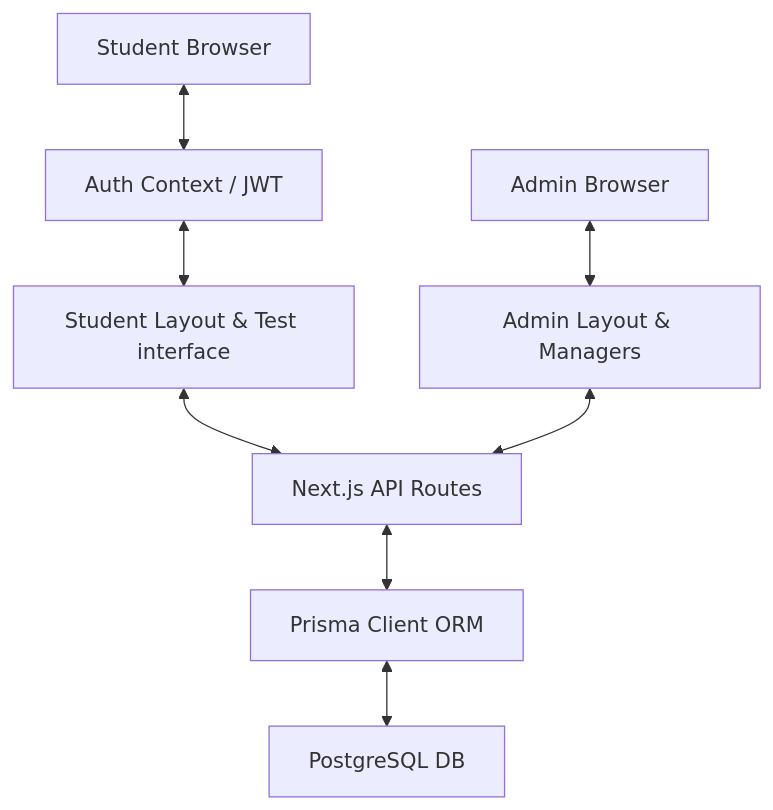
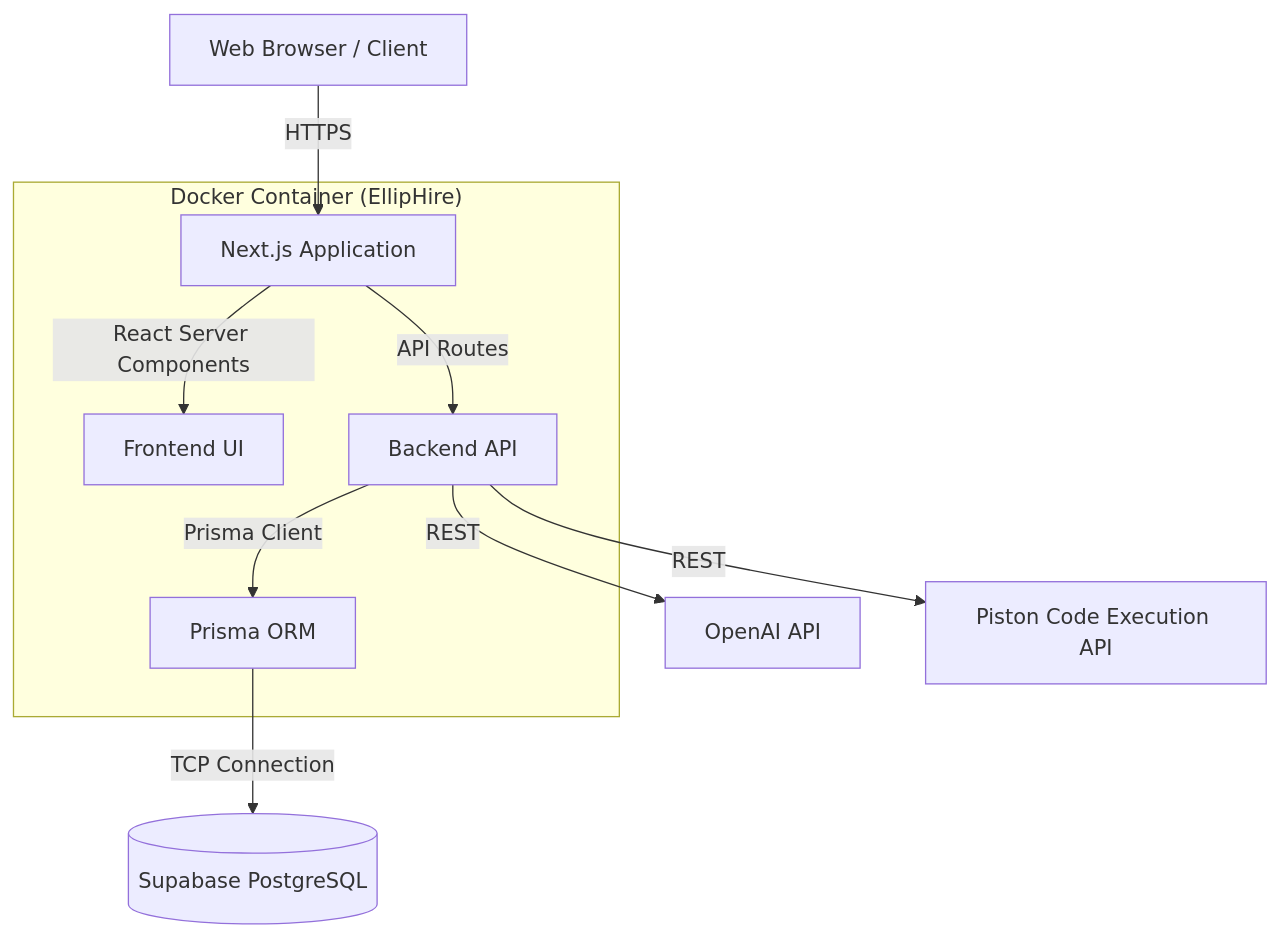
One commit to VARADARANGAN/screening-app changed the first of 2 diagrams in docs/ARCHITECTURE.md. Above: the diagram before and after it, drawn with Mermaid. The commit also changed other lines of this file and 9 other files, not shown here.

Commit message:
release: prepare EllipHire v1.0.0 with Docker and documentation

````diff
--- a/docs/ARCHITECTURE.md
+++ b/docs/ARCHITECTURE.md
@@ -7,10 +6,15 @@
 ```mermaid
 graph TD
-  Candidate[Student Browser] <--> NextAuth[Auth Context / JWT]
-  NextAuth <--> StudentViews[Student Layout & Test interface]
-  Admin[Admin Browser] <--> AdminLayout[Admin Layout & Managers]
-  StudentViews <--> API[Next.js API Routes]
-  AdminLayout <--> API
-  API <--> Prisma[Prisma Client ORM]
-  Prisma <--> Supabase[PostgreSQL DB]
+    Client[Web Browser / Client] -->|HTTPS| NextJS[Next.js Application]
+    
+    subgraph "Docker Container (EllipHire)"
+        NextJS -->|React Server Components| UI[Frontend UI]
+        NextJS -->|API Routes| API[Backend API]
+        API -->|Prisma Client| ORM[Prisma ORM]
+    end
+
+    ORM -->|TCP Connection| DB[(Supabase PostgreSQL)]
+    
+    API -->|REST| OpenAI[OpenAI API]
+    API -->|REST| Piston[Piston Code Execution API]
 ```
````
